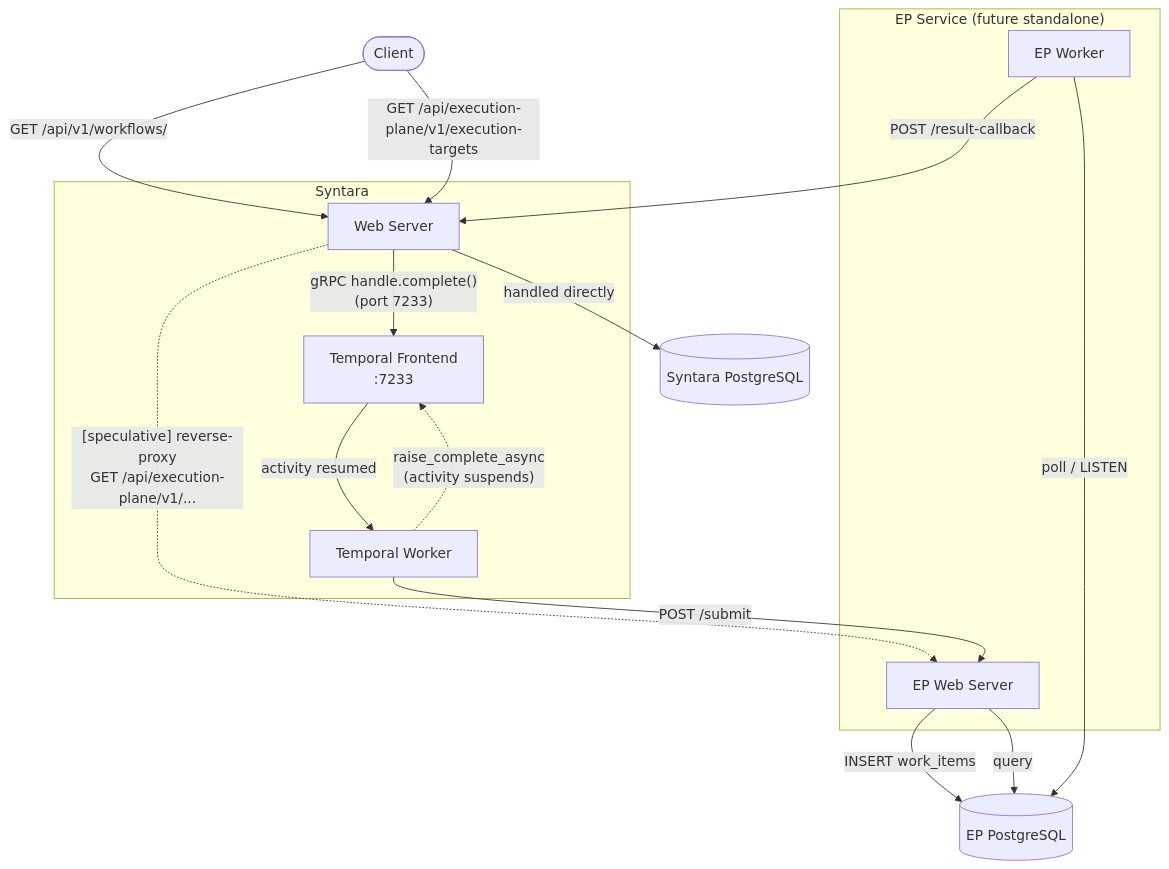
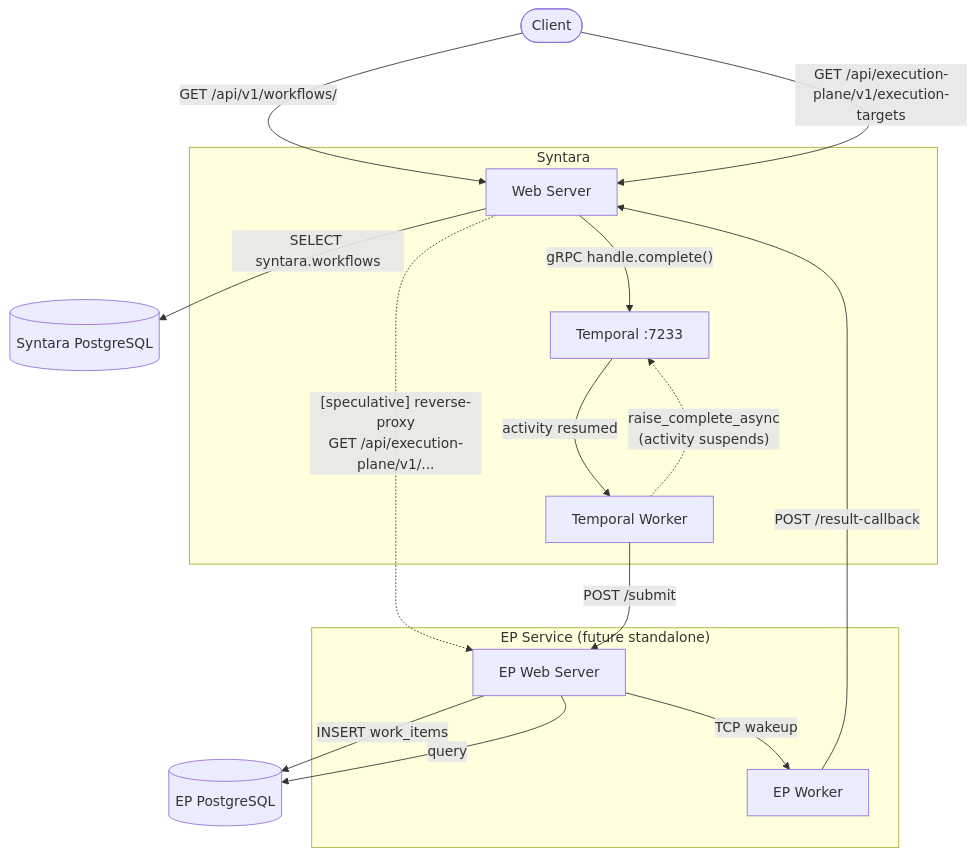
One commit to AlanCoding/syntara changed the second of 2 diagrams in backend/docs/execution-plane-integration.md. Above: the diagram before and after it, drawn with Mermaid. The commit also changed other lines of this file, not shown here.

Commit message:
docs(ep): clean up diagram labels and future-state worker wakeup
- Move :7233 to Temporal node label only; drop port from arrow labels
- Future state: replace poll/LISTEN with TCP wakeup from EP web server
  to EP worker (POST /submit acts as the trigger, not a DB poll)
- Future state: relabel "handled directly" with SELECT syntara.workflows
  to match pseudo-SQL style used in current-state diagram
- Shorten "Temporal Frontend" to "Temporal" in both diagrams

````diff
--- a/backend/docs/execution-plane-integration.md
+++ b/backend/docs/execution-plane-integration.md
@@ -62,34 +62,34 @@
 ```mermaid
 flowchart TD
     C([Client])
     SDB[("Syntara PostgreSQL")]
     EPDB[("EP PostgreSQL")]
 
     subgraph syn["Syntara"]
         SW["Web Server"]
         STW["Temporal Worker"]
-        T["Temporal Frontend\n:7233"]
+        T["Temporal :7233"]
     end
 
     subgraph epservice["EP Service (future standalone)"]
         EPWS["EP Web Server"]
         EPW["EP Worker"]
     end
 
     C -->|"GET /api/v1/workflows/"| SW
     C -->|"GET /api/execution-plane/v1/execution-targets"| SW
 
-    SW -->|"handled directly"| SDB
+    SW -->|"SELECT syntara.workflows"| SDB
     SW -. "[speculative] reverse-proxy\nGET /api/execution-plane/v1/..." .-> EPWS
 
     STW -->|"POST /submit"| EPWS
     EPWS -->|"INSERT work_items"| EPDB
     STW -.->|"raise_complete_async\n(activity suspends)"| T
 
     EPWS -->|"query"| EPDB
-    EPW -->|"poll / LISTEN"| EPDB
+    EPWS -->|"TCP wakeup"| EPW
 
     EPW -->|"POST /result-callback"| SW
-    SW -->|"gRPC handle.complete()\n(port 7233)"| T
+    SW -->|"gRPC handle.complete()"| T
     T -->|"activity resumed"| STW
 ```
````
